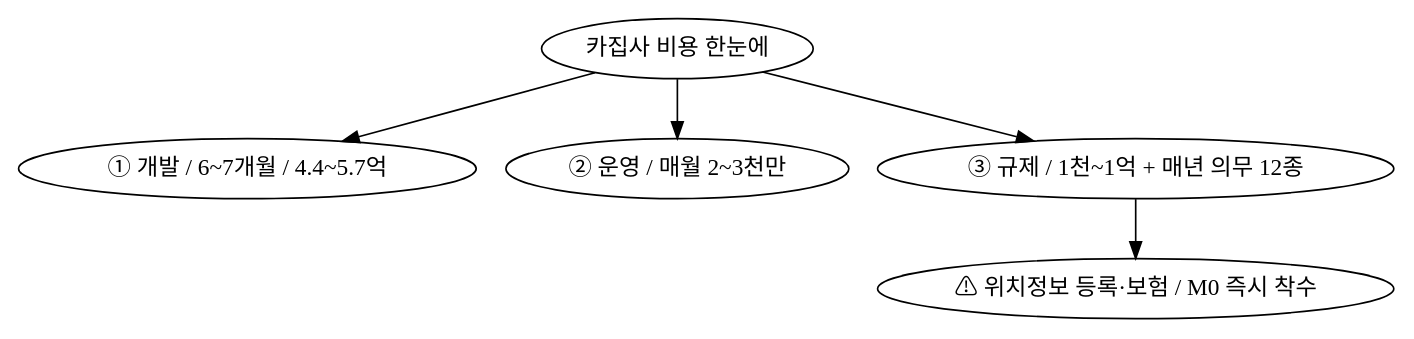
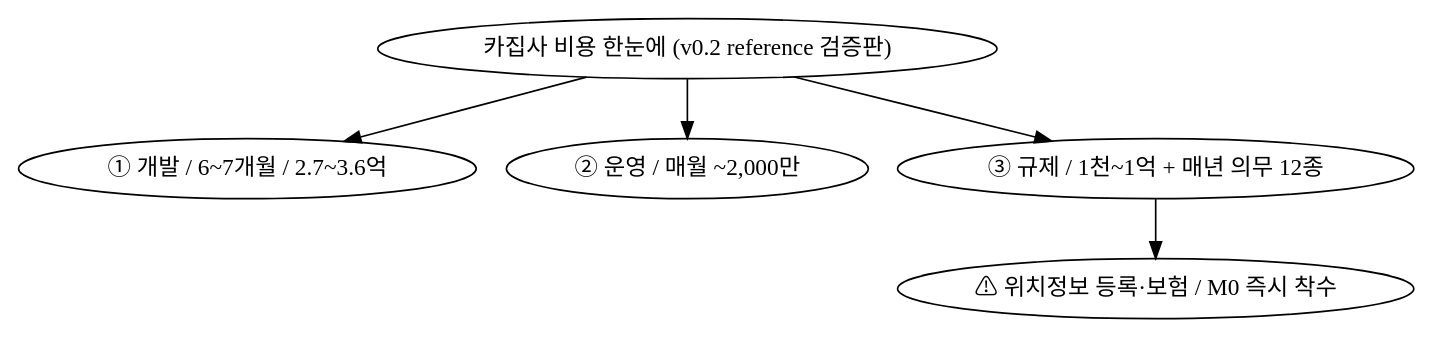
One commit to serendibeats/cargypsy changed the diagram in diagrams/06-cost-overview.dot. Above: the diagram before and after it, drawn with Graphviz. The commit also changed 9 other files, not shown here.

```diff
--- a/diagrams/06-cost-overview.dot
+++ b/diagrams/06-cost-overview.dot
@@ -1,13 +1,13 @@
 digraph CostOverview {
-    title [label="카집사 비용 한눈에"];
+    title [label="카집사 비용 한눈에 (v0.2 reference 검증판)"];
 
-    dev [label="① 개발 / 6~7개월 / 4.4~5.7억"];
-    ops [label="② 운영 / 매월 2~3천만"];
+    dev [label="① 개발 / 6~7개월 / 2.7~3.6억"];
+    ops [label="② 운영 / 매월 ~2,000만"];
     reg [label="③ 규제 / 1천~1억 + 매년 의무 12종"];
     crit [label="⚠ 위치정보 등록·보험 / M0 즉시 착수"];
 
     title -> dev;
     title -> ops;
     title -> reg;
     reg -> crit;
 }
```
